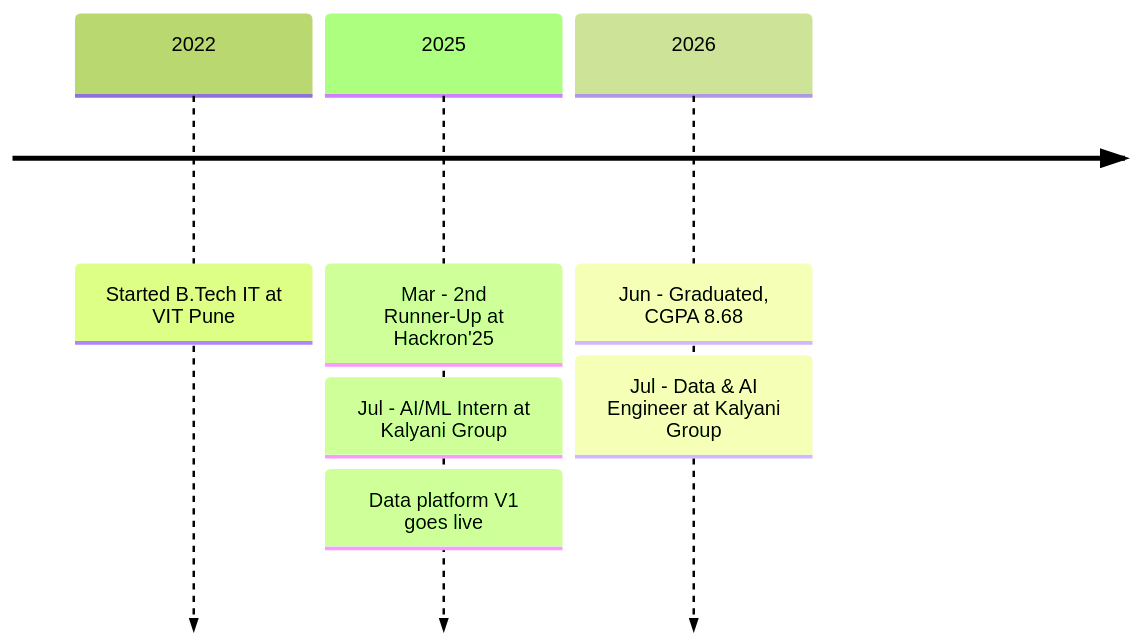
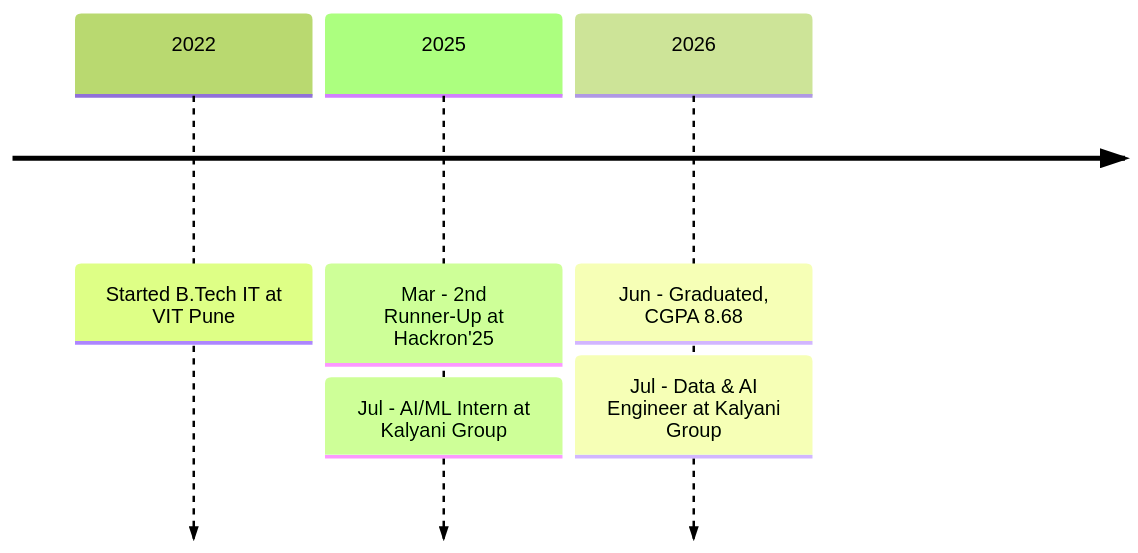
The diagram in README.md (sujitwagh9/sujitwagh9), drawn with Mermaid (forest theme) before and after one commit. The commit also changed other lines of this file, not shown here.

````diff
--- a/README.md
+++ b/README.md
@@ -108,9 +150,8 @@
 ```mermaid
 timeline
   2022 : Started B.Tech IT at VIT Pune
   2025 : Mar - 2nd Runner-Up at Hackron'25
        : Jul - AI/ML Intern at Kalyani Group
-       : Data platform V1 goes live
   2026 : Jun - Graduated, CGPA 8.68
        : Jul - Data & AI Engineer at Kalyani Group
 ```
````
